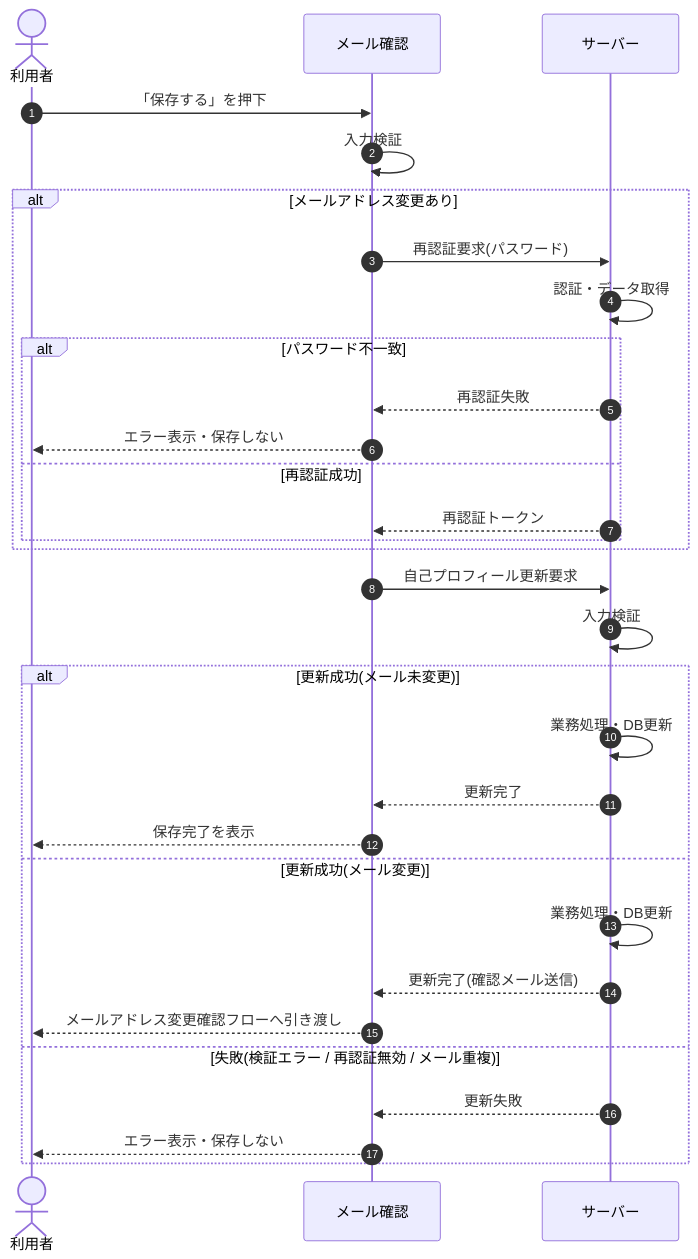
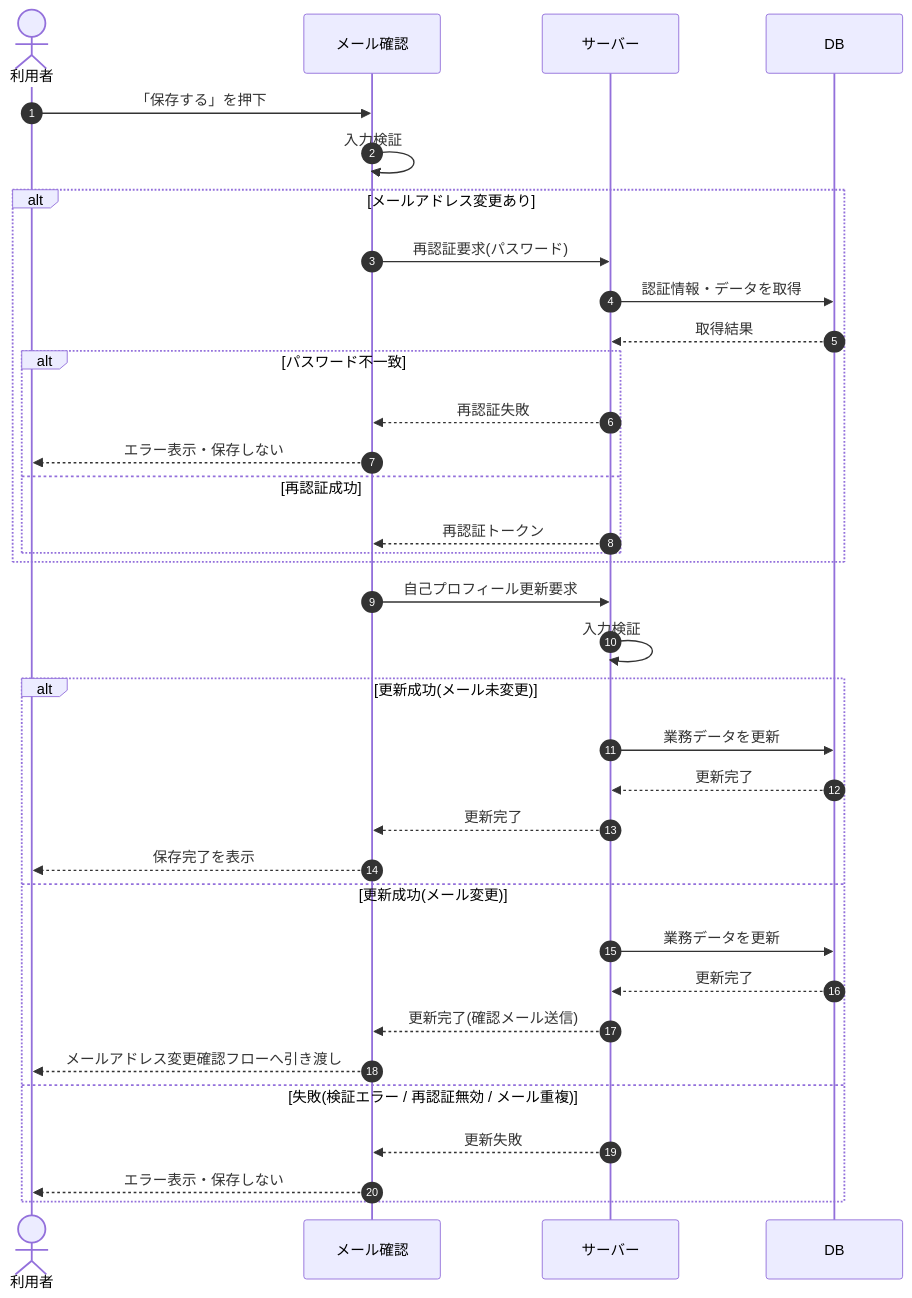
Before and after one commit to sikakou54/open-faq: the diagram in 02_basic_design/03_sequences/SEQ-071.md, drawn with Mermaid. The commit also changed other lines of this file and 122 other files, not shown here.

First line of the commit message:
シーケンス図に DB アクターを追加(DB 操作をサーバー自己メッセージから分離)

````diff
--- a/02_basic_design/03_sequences/SEQ-071.md
+++ b/02_basic_design/03_sequences/SEQ-071.md
@@ -26,33 +26,37 @@
 ```mermaid
 sequenceDiagram
   autonumber
   actor U as 利用者
   participant Screen as メール確認
   participant Server as サーバー
+  participant DB as DB
   U->>Screen: 「保存する」を押下
   Screen->>Screen: 入力検証
   alt メールアドレス変更あり
     Screen->>Server: 再認証要求(パスワード)
-    Server->>Server: 認証・データ取得
+    Server->>DB: 認証情報・データを取得
+    DB-->>Server: 取得結果
     alt パスワード不一致
       Server-->>Screen: 再認証失敗
       Screen-->>U: エラー表示・保存しない
     else 再認証成功
       Server-->>Screen: 再認証トークン
     end
   end
   Screen->>Server: 自己プロフィール更新要求
   Server->>Server: 入力検証
   alt 更新成功(メール未変更)
-    Server->>Server: 業務処理・DB更新
+    Server->>DB: 業務データを更新
+    DB-->>Server: 更新完了
     Server-->>Screen: 更新完了
     Screen-->>U: 保存完了を表示
   else 更新成功(メール変更)
-    Server->>Server: 業務処理・DB更新
+    Server->>DB: 業務データを更新
+    DB-->>Server: 更新完了
     Server-->>Screen: 更新完了(確認メール送信)
     Screen-->>U: メールアドレス変更確認フローへ引き渡し
   else 失敗(検証エラー / 再認証無効 / メール重複)
     Server-->>Screen: 更新失敗
     Screen-->>U: エラー表示・保存しない
   end
 ```
````
